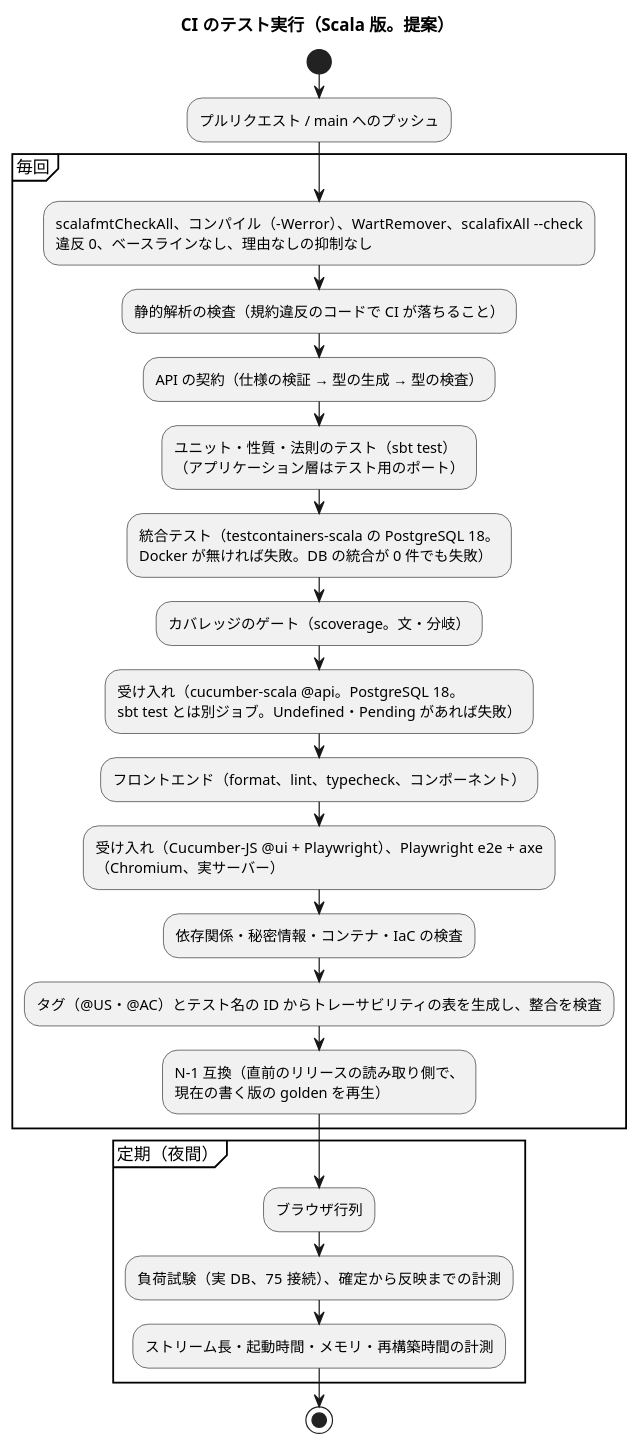
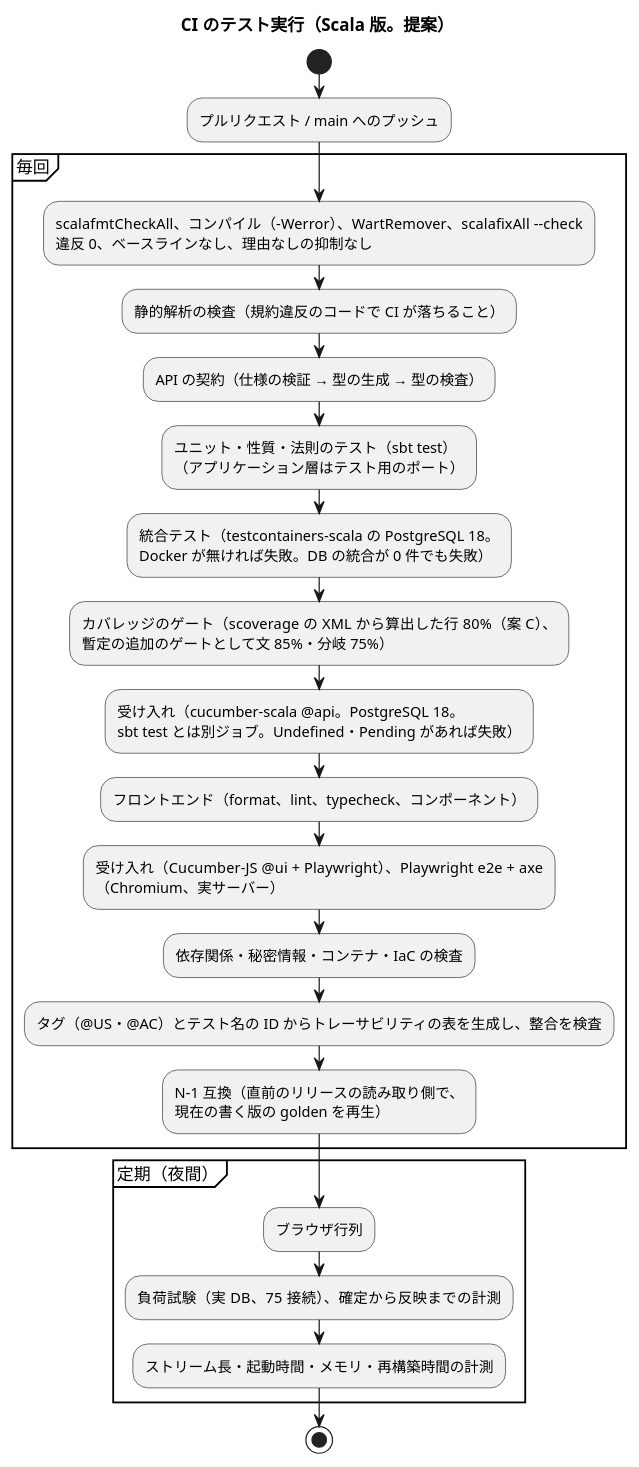
One commit to k2works/case-study-beer-game-simulation changed the second of 2 diagrams in docs/design/beer-game-scala/test-strategy.md. Above: the diagram before and after it, drawn with PlantUML. The commit also changed other lines of this file and 14 other files, not shown here.

````diff
--- a/docs/design/beer-game-scala/test-strategy.md
+++ b/docs/design/beer-game-scala/test-strategy.md
@@ -370,28 +379,28 @@
 ```plantuml
 @startuml
 title CI のテスト実行（Scala 版。提案）
 
 start
 :プルリクエスト / main へのプッシュ;
 partition "毎回" {
   :scalafmtCheckAll、コンパイル（-Werror）、WartRemover、scalafixAll --check\n違反 0、ベースラインなし、理由なしの抑制なし;
   :静的解析の検査（規約違反のコードで CI が落ちること）;
   :API の契約（仕様の検証 → 型の生成 → 型の検査）;
   :ユニット・性質・法則のテスト（sbt test）\n（アプリケーション層はテスト用のポート）;
   :統合テスト（testcontainers-scala の PostgreSQL 18。\nDocker が無ければ失敗。DB の統合が 0 件でも失敗）;
-  :カバレッジのゲート（scoverage。文・分岐）;
+  :カバレッジのゲート（scoverage の XML から算出した行 80%（案 C）、\n暫定の追加のゲートとして文 85%・分岐 75%）;
   :受け入れ（cucumber-scala @api。PostgreSQL 18。\nsbt test とは別ジョブ。Undefined・Pending があれば失敗）;
   :フロントエンド（format、lint、typecheck、コンポーネント）;
   :受け入れ（Cucumber-JS @ui + Playwright）、Playwright e2e + axe\n（Chromium、実サーバー）;
   :依存関係・秘密情報・コンテナ・IaC の検査;
   :タグ（@US・@AC）とテスト名の ID からトレーサビリティの表を生成し、整合を検査;
   :N-1 互換（直前のリリースの読み取り側で、\n現在の書く版の golden を再生）;
 }
 partition "定期（夜間）" {
   :ブラウザ行列;
   :負荷試験（実 DB、75 接続）、確定から反映までの計測;
   :ストリーム長・起動時間・メモリ・再構築時間の計測;
 }
 stop
 @enduml
 ```
````
